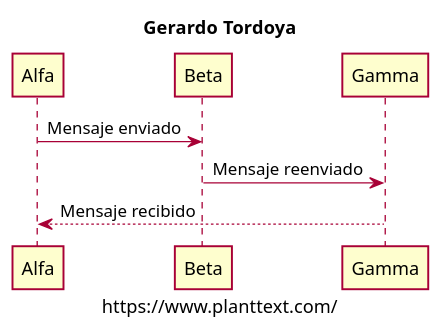
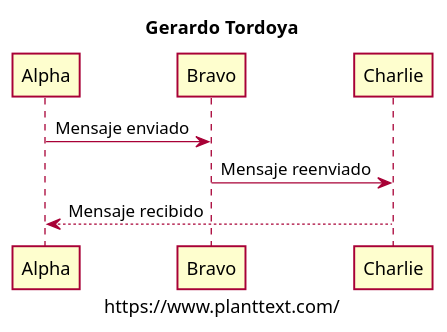
The diagram in (PlantUML)/Samples.puml (zherar7ordoya/AP5), drawn with PlantUML before and after one commit. The commit also changed 3 other files, not shown here.

```diff
--- a/(PlantUML)/Samples.puml
+++ b/(PlantUML)/Samples.puml
@@ -1,16 +1,16 @@
 @startuml Samples
 skin rose
 skinparam classFontName Calibri
 skinparam shadowing false
 
 title Gerardo Tordoya
 
 '========= 2022-09-01 =========
 
-Alfa -> Beta: Mensaje enviado
-Beta -> Gamma: Mensaje reenviado
-Gamma --> Alfa: Mensaje recibido
+Alpha -> Bravo: Mensaje enviado
+Bravo -> Charlie: Mensaje reenviado
+Charlie --> Alpha: Mensaje recibido
 
 caption https://www.planttext.com/
 
 @enduml
```
